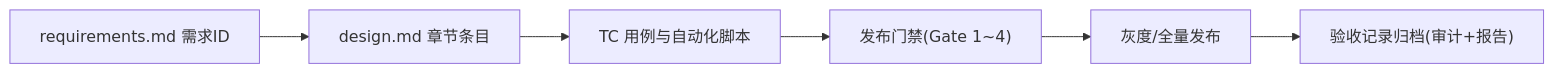
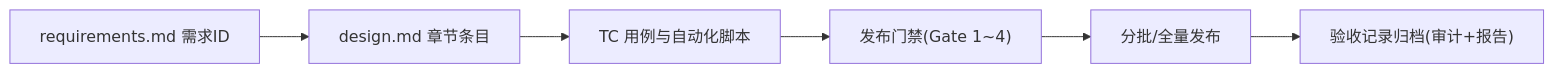
Before and after one commit to sentanl869/aether: diagram 24 of 24 in docs/design.md, drawn with Mermaid. The commit also changed other lines of this file and 2 other files, not shown here.

````diff
--- a/docs/design.md
+++ b/docs/design.md
@@ -3234,8 +3250,8 @@
 ```mermaid
 flowchart LR
   R["requirements.md 需求ID"] --> D["design.md 章节条目"]
   D --> T["TC 用例与自动化脚本"]
   T --> G["发布门禁(Gate 1~4)"]
-  G --> P["灰度/全量发布"]
+  G --> P["分批/全量发布"]
   P --> A["验收记录归档(审计+报告)"]
 ```
````
